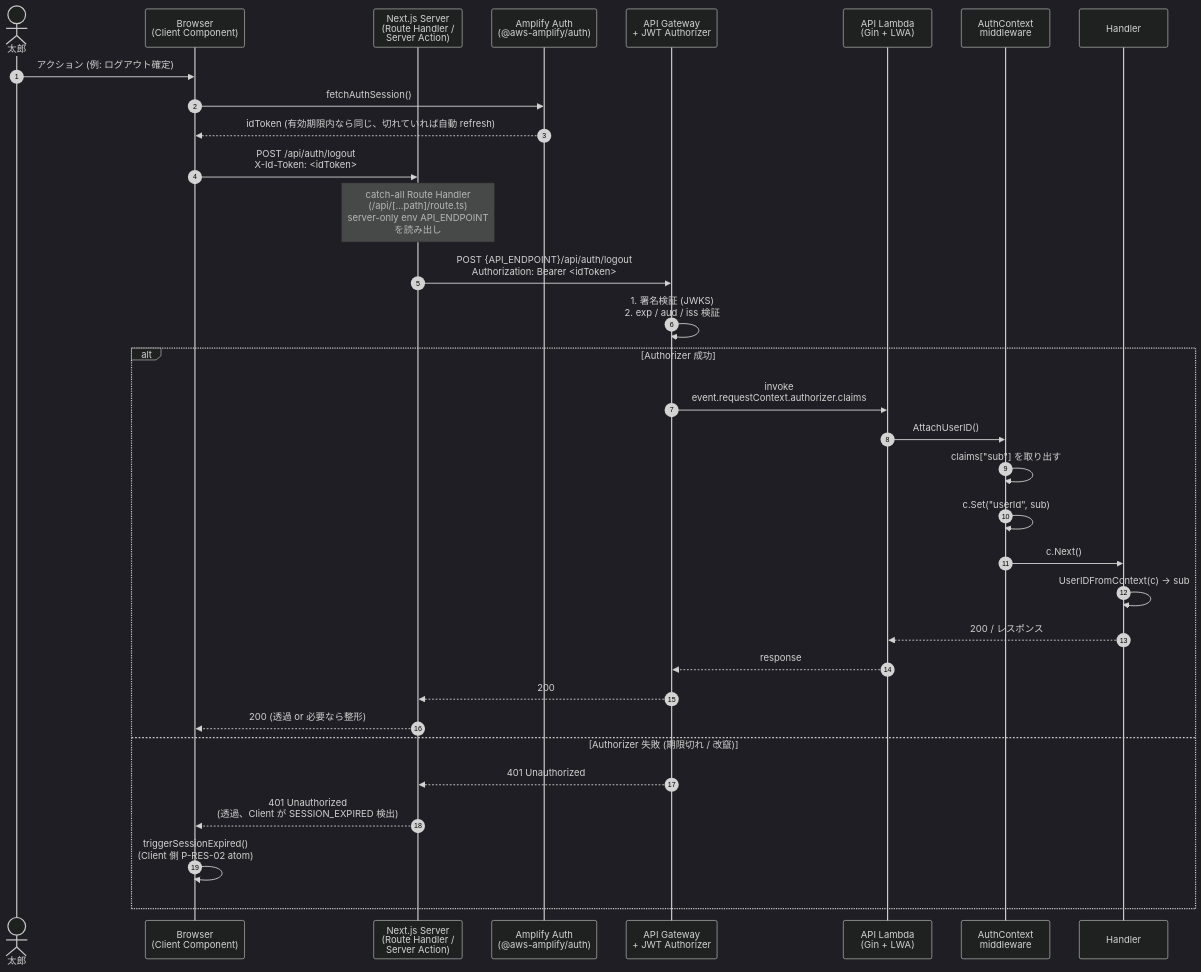
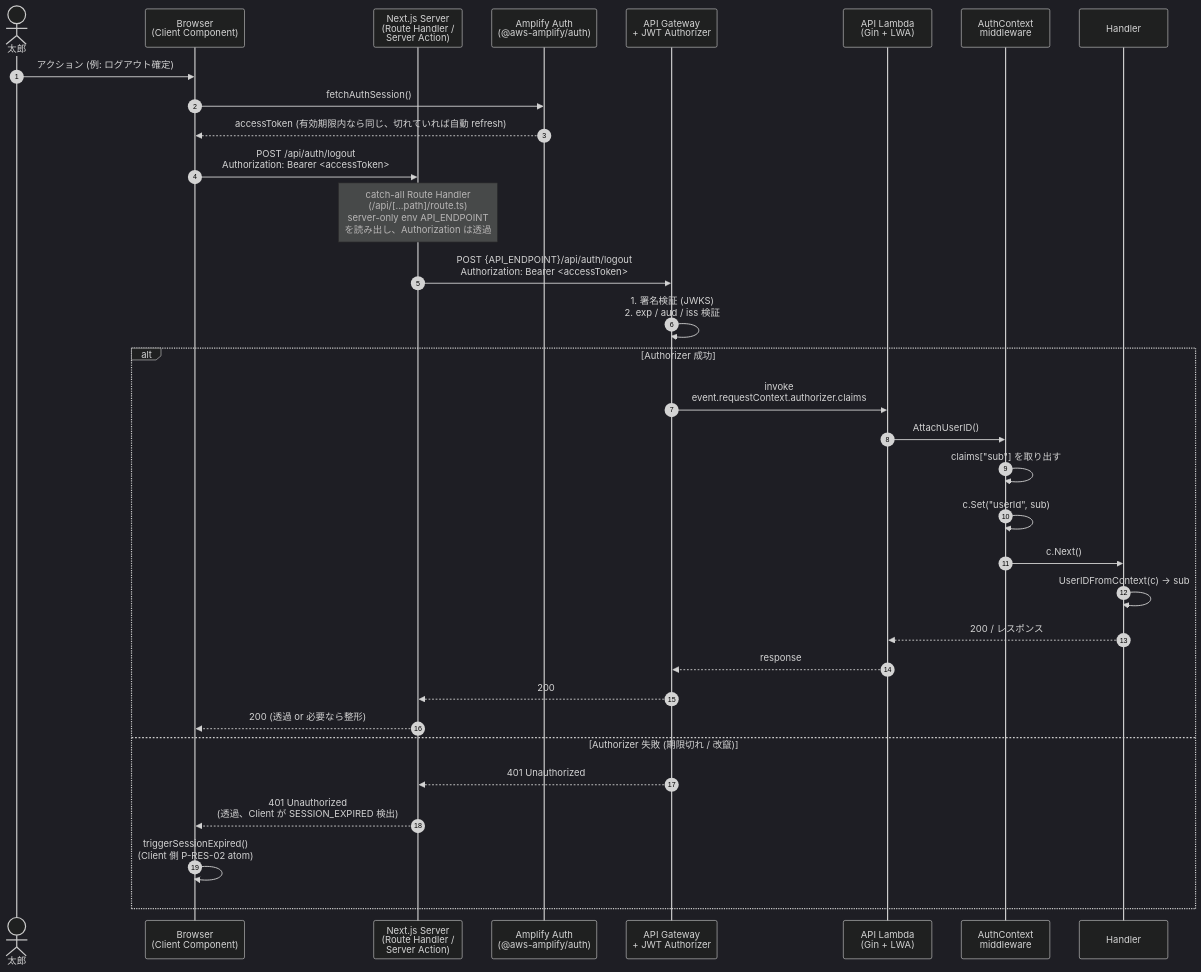
Before and after one commit to ryotinjpn/goro2pay: the third of 6 diagrams in aidlc-docs/construction/auth/functional-design/business-logic-model.md, drawn with Mermaid (dark theme). The commit also changed other lines of this file and 7 other files, not shown here.

First line of the commit message:
👍 API 認証 Token を IdToken → AccessToken に統一 (PR #69 更新)

````diff
--- a/aidlc-docs/construction/auth/functional-design/business-logic-model.md
+++ b/aidlc-docs/construction/auth/functional-design/business-logic-model.md
@@ -220,39 +221,39 @@
 ```mermaid
 sequenceDiagram
     autonumber
     actor User as 太郎
     participant Browser as Browser<br/>(Client Component)
     participant NextSrv as Next.js Server<br/>(Route Handler /<br/> Server Action)
     participant Auth as Amplify Auth<br/>(@aws-amplify/auth)
     participant APIGW as API Gateway<br/>+ JWT Authorizer
     participant LMD as API Lambda<br/>(Gin + LWA)
     participant MW as AuthContext<br/>middleware
     participant H as Handler
 
     User->>Browser: アクション (例: ログアウト確定)
     Browser->>Auth: fetchAuthSession()
-    Auth-->>Browser: idToken (有効期限内なら同じ、切れていれば自動 refresh)
+    Auth-->>Browser: accessToken (有効期限内なら同じ、切れていれば自動 refresh)
 
-    Browser->>NextSrv: POST /api/auth/logout<br/>X-Id-Token: <idToken>
-    Note over NextSrv: catch-all Route Handler<br/>(/api/[...path]/route.ts)<br/>server-only env API_ENDPOINT<br/>を読み出し
+    Browser->>NextSrv: POST /api/auth/logout<br/>Authorization: Bearer <accessToken>
+    Note over NextSrv: catch-all Route Handler<br/>(/api/[...path]/route.ts)<br/>server-only env API_ENDPOINT<br/>を読み出し、Authorization は透過
 
-    NextSrv->>APIGW: POST {API_ENDPOINT}/api/auth/logout<br/>Authorization: Bearer <idToken>
+    NextSrv->>APIGW: POST {API_ENDPOINT}/api/auth/logout<br/>Authorization: Bearer <accessToken>
     APIGW->>APIGW: 1. 署名検証 (JWKS)<br/>2. exp / aud / iss 検証
 
     alt Authorizer 成功
         APIGW->>LMD: invoke<br/>event.requestContext.authorizer.claims
         LMD->>MW: AttachUserID()
         MW->>MW: claims["sub"] を取り出す
         MW->>MW: c.Set("userId", sub)
         MW->>H: c.Next()
         H->>H: UserIDFromContext(c) → sub
         H-->>LMD: 200 / レスポンス
         LMD-->>APIGW: response
         APIGW-->>NextSrv: 200
         NextSrv-->>Browser: 200 (透過 or 必要なら整形)
     else Authorizer 失敗 (期限切れ / 改竄)
         APIGW-->>NextSrv: 401 Unauthorized
         NextSrv-->>Browser: 401 Unauthorized<br/>(透過、Client が SESSION_EXPIRED 検出)
         Browser->>Browser: triggerSessionExpired()<br/>(Client 側 P-RES-02 atom)
     end
 ```
````
